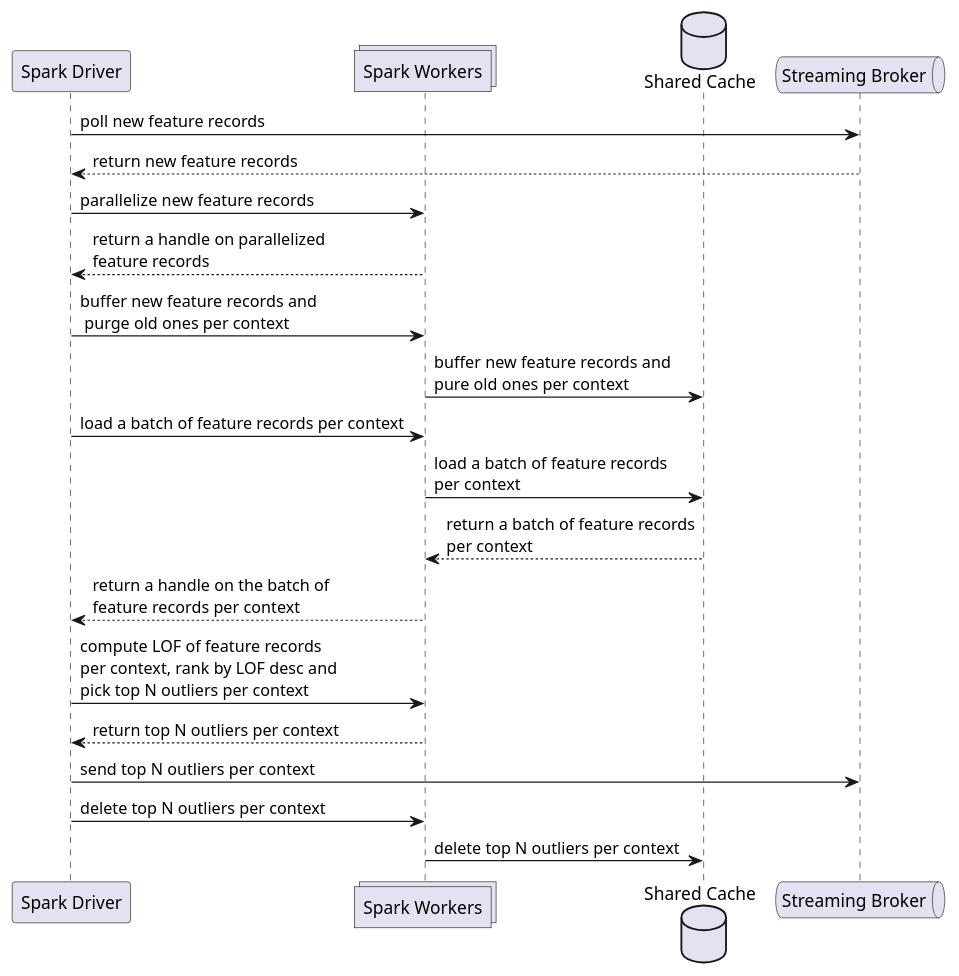
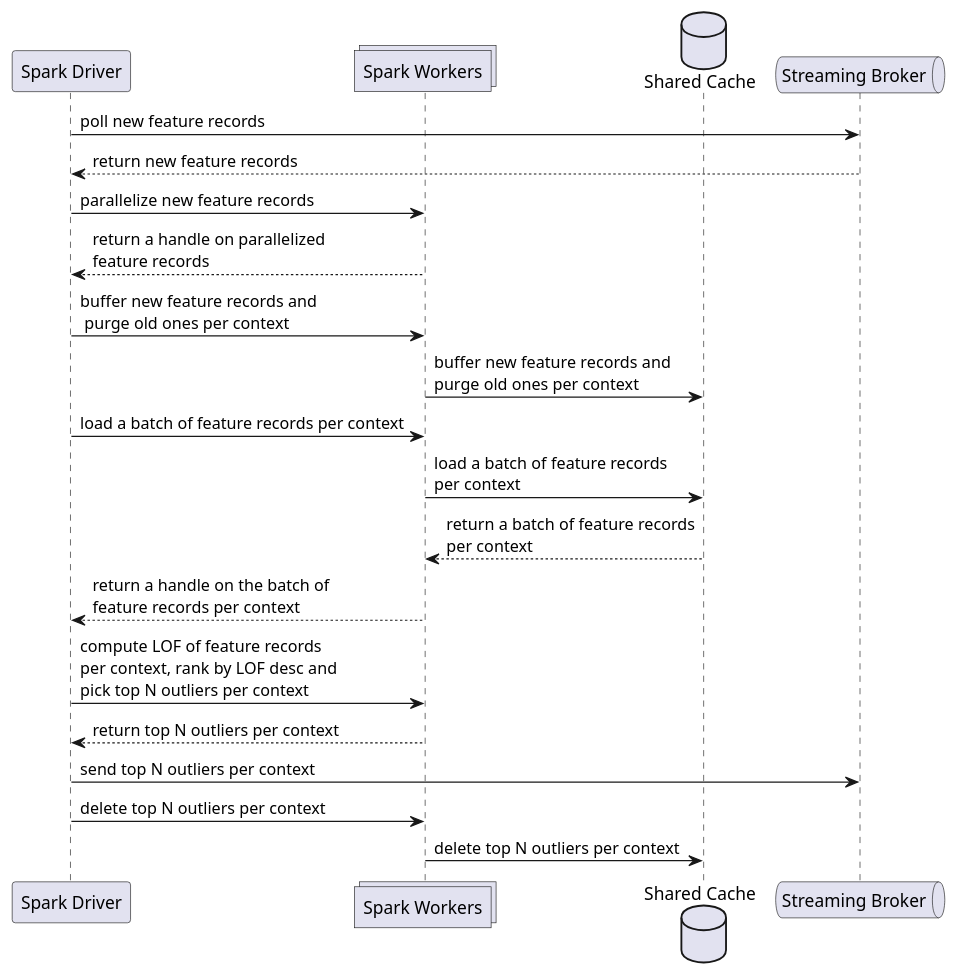
The diagram in design/sequence-diagram.wsd (oiraqi/immunizer-analyze), drawn with PlantUML before and after one commit. The commit also changed 1 other file, not shown here.

```diff
--- a/design/sequence-diagram.wsd
+++ b/design/sequence-diagram.wsd
@@ -1,21 +1,21 @@
 @startuml SequenceDiagram
 participant "Spark Driver" as Master
 collections "Spark Workers" as Workers
 database "Shared Cache" as Cache
 queue "Streaming Broker" as Broker
 Master -> Broker : poll new feature records
 Broker --> Master : return new feature records
 Master -> Workers : parallelize new feature records
 Workers --> Master : return a handle on parallelized\nfeature records
 Master -> Workers : buffer new feature records and\n purge old ones per context
-Workers -> Cache : buffer new feature records and\npure old ones per context
+Workers -> Cache : buffer new feature records and\npurge old ones per context
 Master -> Workers : load a batch of feature records per context
 Workers -> Cache : load a batch of feature records\nper context
 Cache --> Workers : return a batch of feature records\nper context
 Workers --> Master : return a handle on the batch of\nfeature records per context
 Master -> Workers : compute LOF of feature records\nper context, rank by LOF desc and\npick top N outliers per context
 Workers --> Master : return top N outliers per context
 Master -> Broker : send top N outliers per context
 Master -> Workers : delete top N outliers per context
 Workers -> Cache : delete top N outliers per context
 @enduml
```
